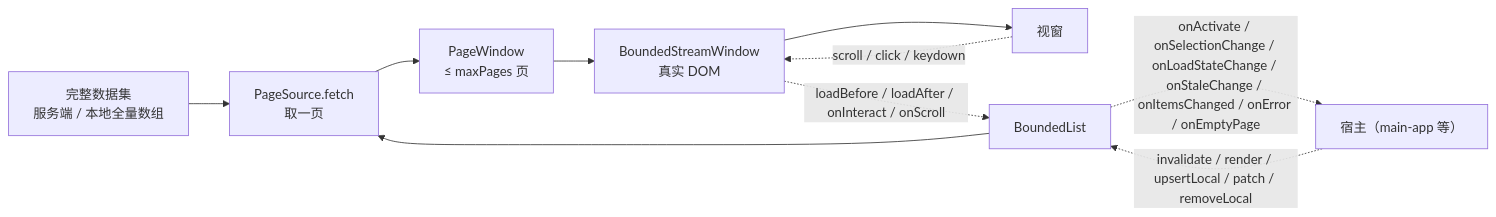
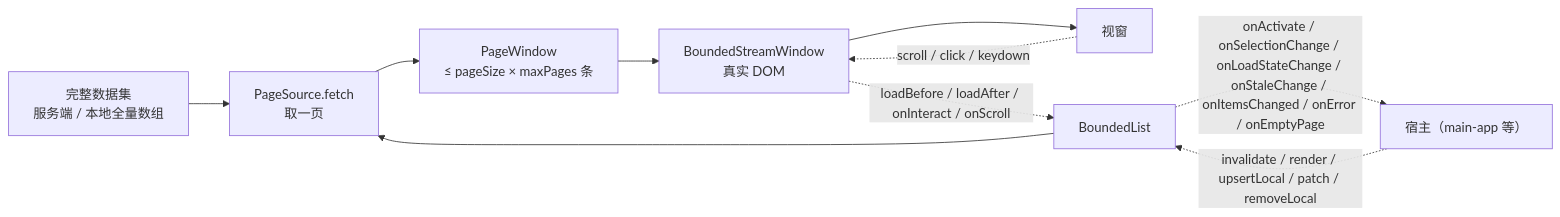
One commit to dacez/yimsg changed the second of 5 diagrams in packages/uikit/docs/BoundedList组件设计.md. Above: the diagram before and after it, drawn with Mermaid. The commit also changed other lines of this file and 19 other files, not shown here.

````diff
--- a/packages/uikit/docs/BoundedList组件设计.md
+++ b/packages/uikit/docs/BoundedList组件设计.md
@@ -111,15 +111,15 @@
 ```mermaid
 flowchart LR
     SRC["完整数据集<br/>服务端 / 本地全量数组"]
     PS["PageSource.fetch<br/>取一页"]
-    PW["PageWindow<br/>≤ maxPages 页"]
+    PW["PageWindow<br/>≤ pageSize × maxPages 条"]
     SW["BoundedStreamWindow<br/>真实 DOM"]
     V["视窗"]
 
     SRC --> PS --> PW --> SW --> V
     V -. "scroll / click / keydown" .-> SW
     SW -. "loadBefore / loadAfter / onInteract / onScroll" .-> BL["BoundedList"]
     BL --> PS
     HOST["宿主（main-app 等）"] -. "invalidate / render / upsertLocal / patch / removeLocal" .-> BL
     BL -. "onActivate / onSelectionChange / onLoadStateChange / onStaleChange / onItemsChanged / onError / onEmptyPage" .-> HOST
 ```
````
